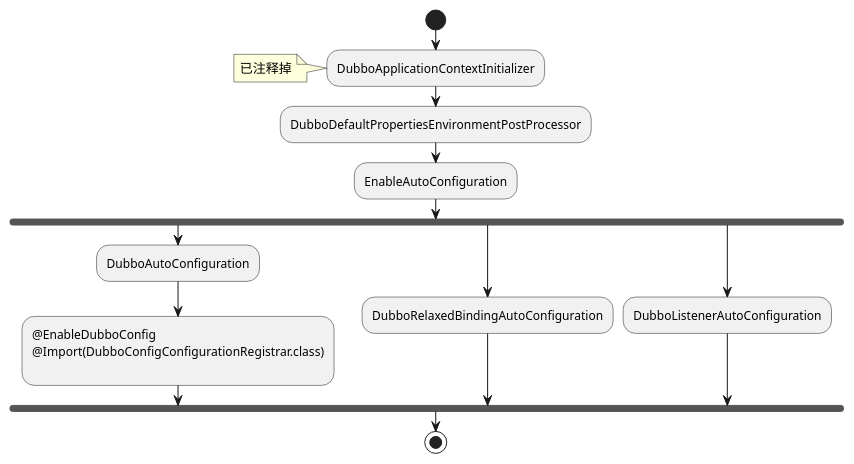
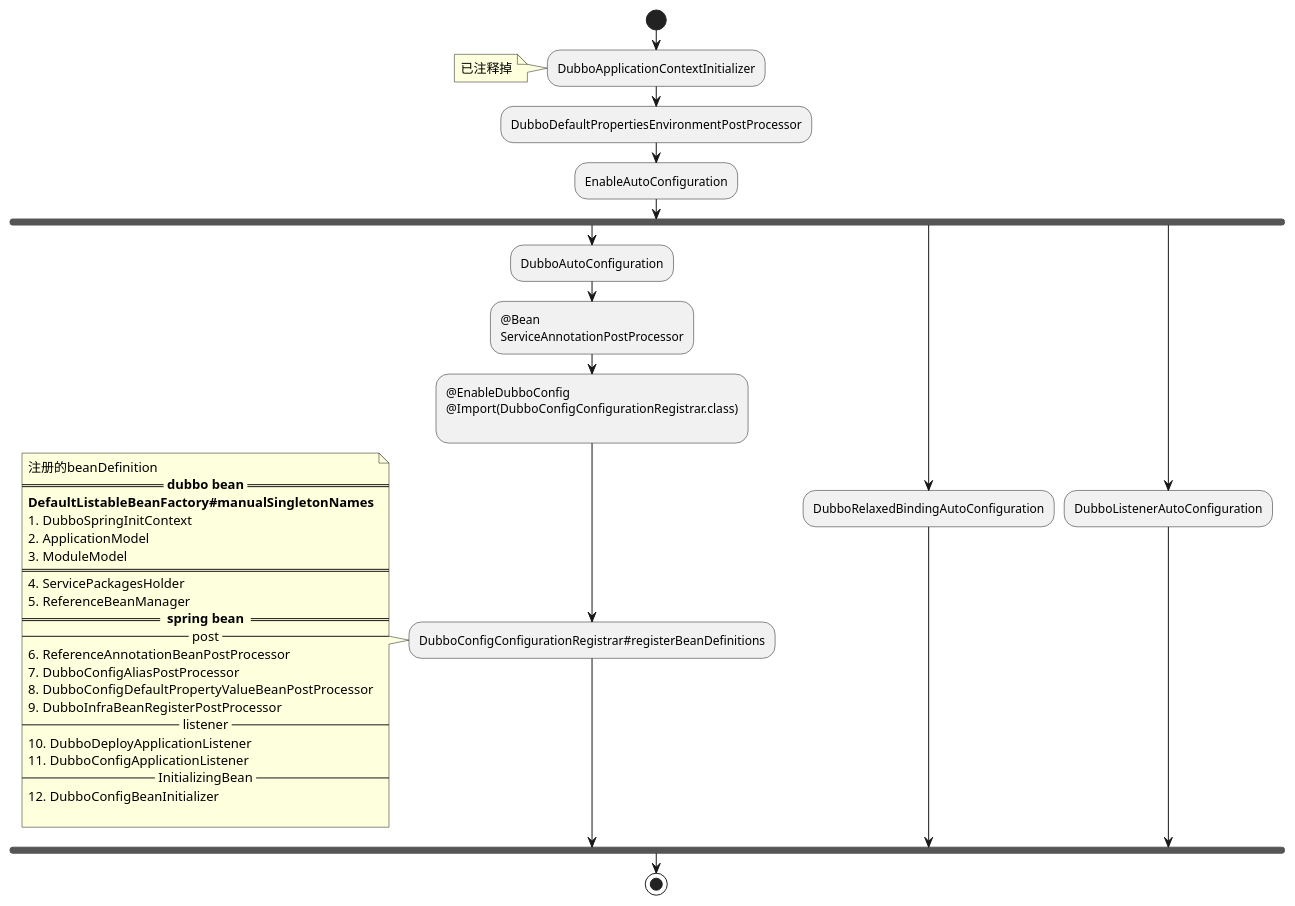
The diagram in uml/src/main/java/dubbo/dubbo_start_activity.puml (FHJ2020/spring-uml), drawn with PlantUML before and after one commit. The commit also changed 3 other files, not shown here.

```diff
--- a/uml/src/main/java/dubbo/dubbo_start_activity.puml
+++ b/uml/src/main/java/dubbo/dubbo_start_activity.puml
@@ -1,31 +1,59 @@
 @startuml
 'https://plantuml.com/activity-diagram-beta
 
 start
     :DubboApplicationContextInitializer;
     note
     已注释掉
     end note
 
     :DubboDefaultPropertiesEnvironmentPostProcessor;
 
     :EnableAutoConfiguration;
 
 fork
     :DubboAutoConfiguration;
+    :@Bean
+    ServiceAnnotationPostProcessor;
+
     :@EnableDubboConfig
     @Import(DubboConfigConfigurationRegistrar.class)
     ;
+    :DubboConfigConfigurationRegistrar#registerBeanDefinitions;
+    note
+    注册的beanDefinition
+    == **dubbo bean** ==
+    **DefaultListableBeanFactory#manualSingletonNames**
+    # DubboSpringInitContext
+    # ApplicationModel
+    # ModuleModel
+    ====
+    # ServicePackagesHolder
+    # ReferenceBeanManager
+    == ** spring bean ** ==
+    -- post --
+    # ReferenceAnnotationBeanPostProcessor
+    # DubboConfigAliasPostProcessor
+    # DubboConfigDefaultPropertyValueBeanPostProcessor
+    # DubboInfraBeanRegisterPostProcessor
+    -- listener --
+    # DubboDeployApplicationListener
+    # DubboConfigApplicationListener
+    -- InitializingBean --
+    # DubboConfigBeanInitializer
 
+    end note
 
 
 fork again
     :DubboRelaxedBindingAutoConfiguration;
 fork again
     :DubboListenerAutoConfiguration;
 
 end fork
 
+
+
 stop
 
 @enduml
```
